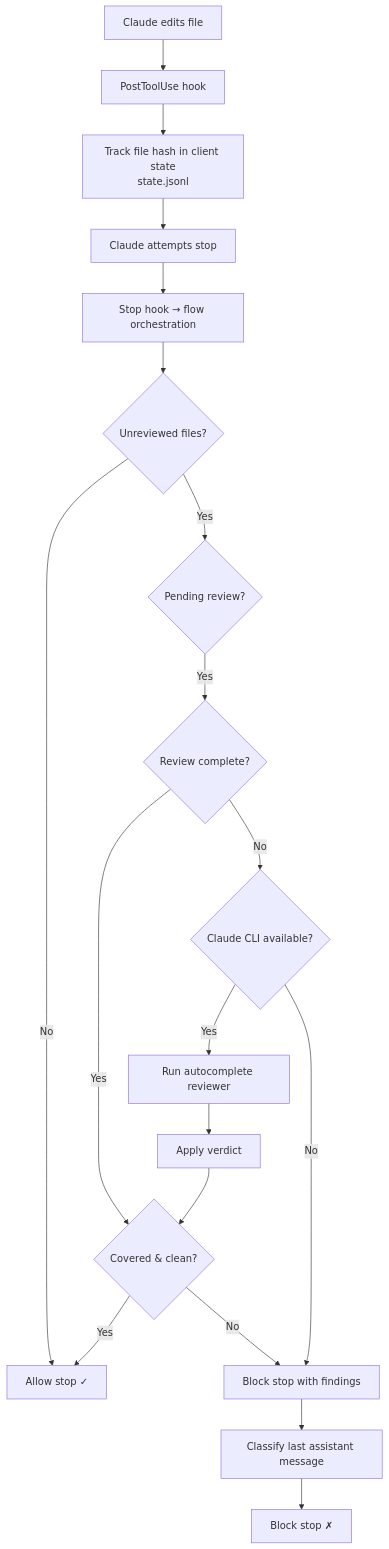
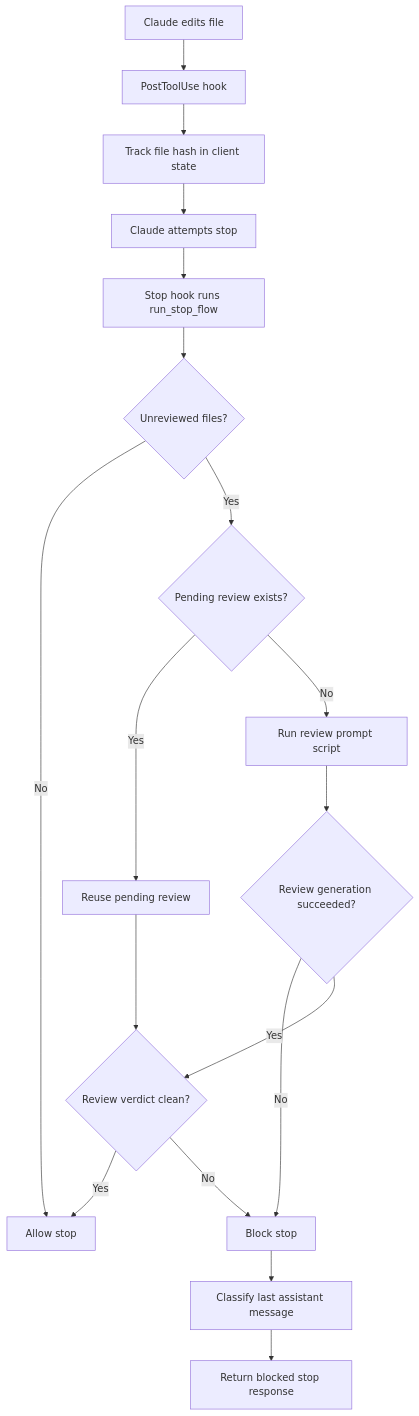
Before and after one commit to tudragon154203/claude-auto-review: the diagram in README.md, drawn with Mermaid. The commit also changed 6 other files, not shown here.

````diff
--- a/README.md
+++ b/README.md
@@ -11,21 +11,20 @@
 ```mermaid
 flowchart TD
-  A[Claude edits file] --> B[PostToolUse hook]
-  B --> C[Track file hash in client state<br/>state.jsonl]
-  C --> D[Claude attempts stop]
-  D --> E[Stop hook → flow orchestration]
-  E --> F{Unreviewed files?}
-  F -- No --> H[Allow stop ✓]
-  F -- Yes --> I{Pending review?}
-  I -- Yes --> N{Review complete?}
-  N -- Yes --> O{Covered & clean?}
-  O -- Yes --> H
-  O -- No --> M[Block stop with findings]
-  N -- No --> K{Claude CLI available?}
-  K -- Yes --> L[Run autocomplete reviewer]
-  K -- No --> M
-  L --> P[Apply verdict]
-  P --> O
-  M --> Q[Classify last assistant message]
-  Q --> R[Block stop ✗]
+    A[Claude edits file] --> B[PostToolUse hook]
+    B --> C[Track file hash in client state]
+    C --> D[Claude attempts stop]
+    D --> E[Stop hook runs run_stop_flow]
+    E --> F{Unreviewed files?}
+    F -- No --> G[Allow stop]
+    F -- Yes --> H{Pending review exists?}
+    H -- Yes --> I[Reuse pending review]
+    H -- No --> J[Run review prompt script]
+    J --> K{Review generation succeeded?}
+    K -- No --> L[Block stop]
+    K -- Yes --> M{Review verdict clean?}
+    I --> M
+    M -- Yes --> G
+    M -- No --> L
+    L --> N[Classify last assistant message]
+    N --> O[Return blocked stop response]
 ```
````
